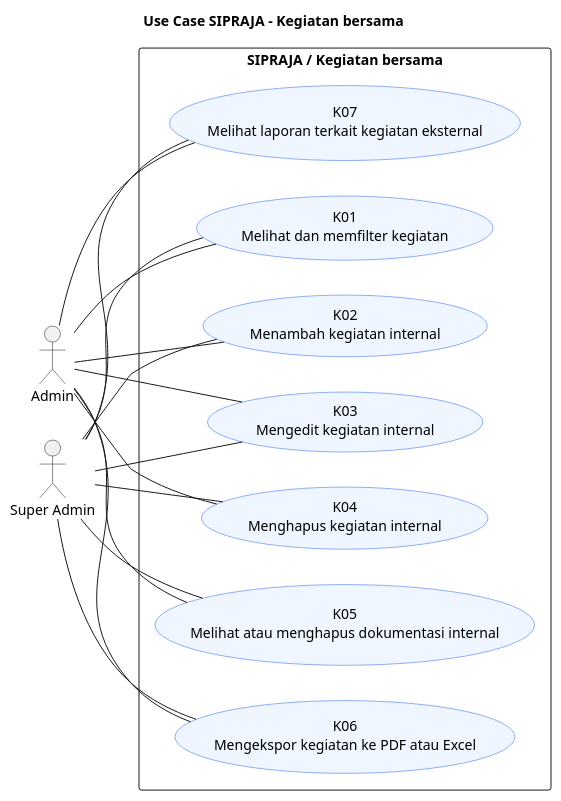
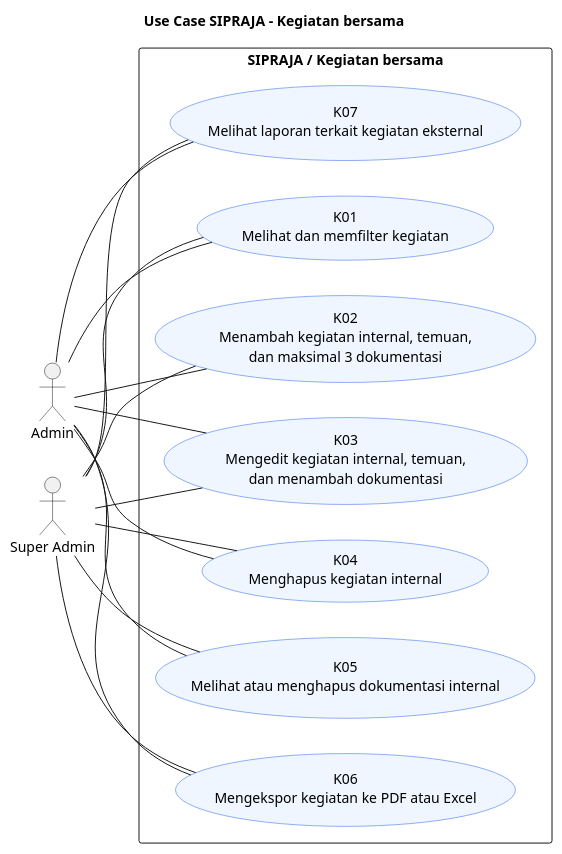
Before and after one commit to Samuel-smr/Satpolpp: the fourth of 7 diagrams in docs/SIPRAJA-use-case.puml, drawn with PlantUML. The commit also changed other lines of this file and 33 other files, not shown here.

```diff
--- a/docs/SIPRAJA-use-case.puml
+++ b/docs/SIPRAJA-use-case.puml
@@ -84,35 +84,35 @@
 @startuml SIPRAJA_4
 left to right direction
 skinparam packageStyle rectangle
 skinparam shadowing false
 skinparam usecase {
   BackgroundColor #EFF6FF
   BorderColor #2563EB
 }
 title Use Case SIPRAJA - Kegiatan bersama
 actor "Admin" as ACTOR0
 actor "Super Admin" as ACTOR1
 rectangle "SIPRAJA / Kegiatan bersama" {
   usecase "K01\nMelihat dan memfilter kegiatan" as K01
-  usecase "K02\nMenambah kegiatan internal" as K02
-  usecase "K03\nMengedit kegiatan internal" as K03
+  usecase "K02\nMenambah kegiatan internal, temuan,\ndan maksimal 3 dokumentasi" as K02
+  usecase "K03\nMengedit kegiatan internal, temuan,\ndan menambah dokumentasi" as K03
   usecase "K04\nMenghapus kegiatan internal" as K04
   usecase "K05\nMelihat atau menghapus dokumentasi internal" as K05
   usecase "K06\nMengekspor kegiatan ke PDF atau Excel" as K06
   usecase "K07\nMelihat laporan terkait kegiatan eksternal" as K07
 }
 ACTOR0 -- K01
 ACTOR1 -- K01
 ACTOR0 -- K02
 ACTOR1 -- K02
 ACTOR0 -- K03
 ACTOR1 -- K03
 ACTOR0 -- K04
 ACTOR1 -- K04
 ACTOR0 -- K05
 ACTOR1 -- K05
 ACTOR0 -- K06
 ACTOR1 -- K06
 ACTOR0 -- K07
 ACTOR1 -- K07
 @enduml
```
